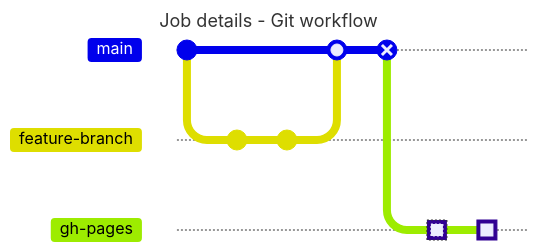
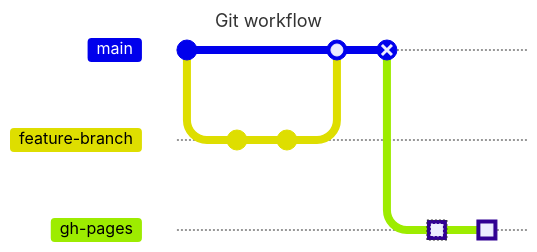
Before and after one commit to NikkiAsteinza/Unity-WebGL-Automatic-build-and-deployment: the first of 2 diagrams in README.md, drawn with Mermaid. Commit ids are hidden.

Commit message:
readme: change git graph location

````diff
--- a/README.md
+++ b/README.md
@@ -1,18 +23,18 @@
 ```mermaid
 ---
-title: Job details - Git workflow
+title: Git workflow
 ---
 gitGraph
    commit
    branch feature-branch
    checkout feature-branch
    commit
    commit
    checkout main
    merge feature-branch
    commit id: "Stash build and reset" type: REVERSE
    branch gh-pages
    checkout gh-pages
    commit id: "Cleaning branch" type: HIGHLIGHT
    commit id: "Deployment: Applied & relocated stash" type: HIGHLIGHT
 ```
````
